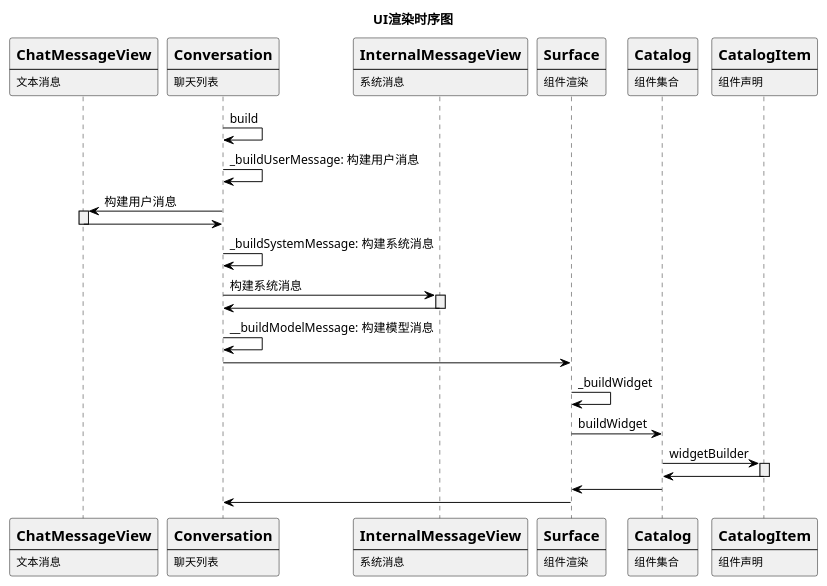
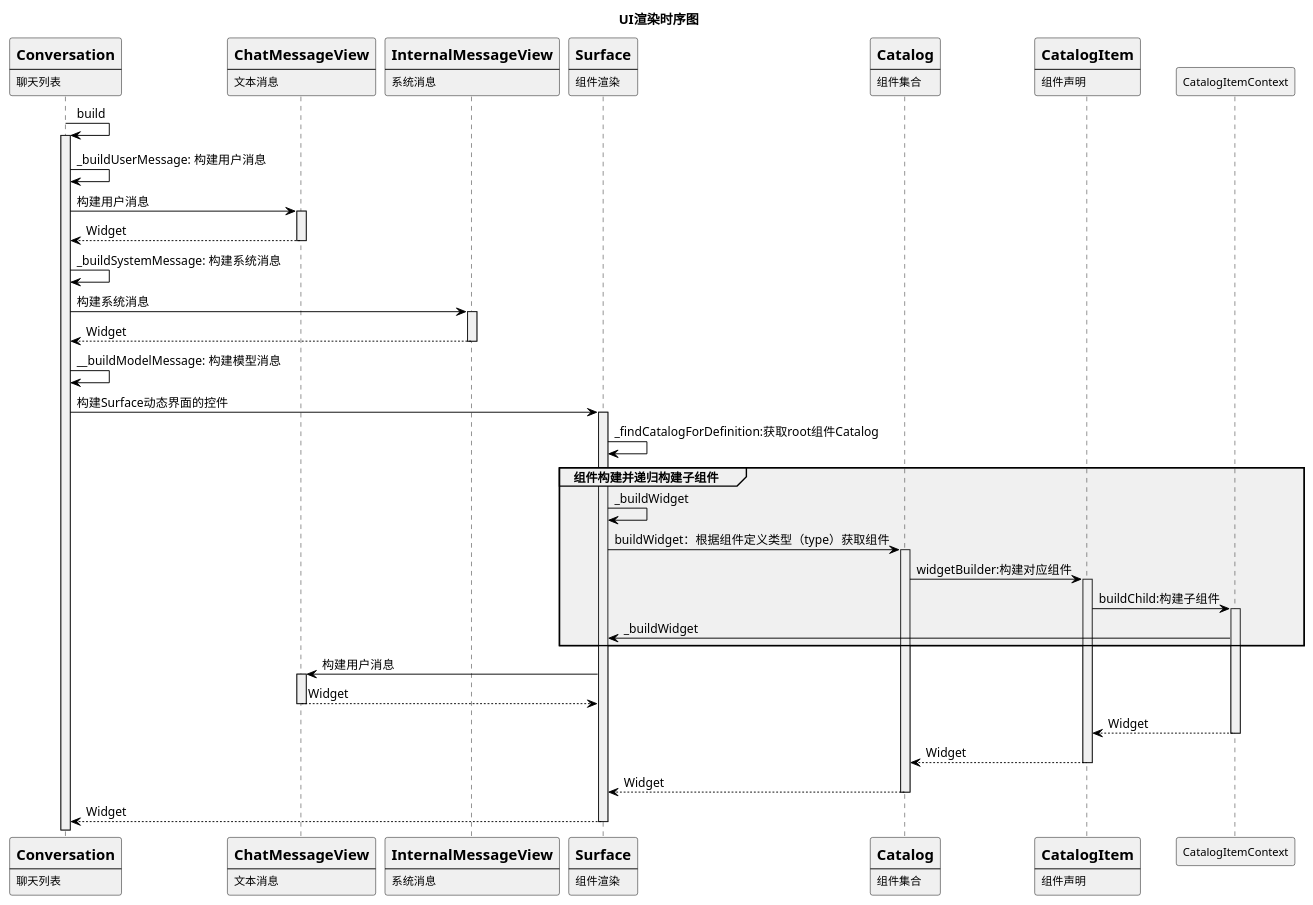
One commit to peihua8858/genui changed the second of 2 diagrams in examples/travel_app/数据交互时序图.puml. Above: the diagram before and after it, drawn with PlantUML. The commit also changed other lines of this file and 18 other files, not shown here.

Commit message:
1、修改时序图 2、修复网络请求未完全返回时暂停UI交互

```diff
--- a/examples/travel_app/数据交互时序图.puml
+++ b/examples/travel_app/数据交互时序图.puml
@@ -160,80 +177,82 @@
 @startuml
 'UI渲染时序图'
 'https://plantuml.com/sequence-diagram
 <style>
 element {
   BackGroundColor: #f0f0f0
 }
  sequenceDiagram {
     participant {
       FontColor: #000;
       FontSize: 12;
       FontStyle: normal;
       LineColor: #000;
       HorizontalAlignment: left;
     }
     note {
       FontColor: #000;
       FontSize: 12;
       FontStyle: normal;
     }
     arrow {
       FontColor: black;
       LineColor: black;
     }
   }
 </style>
 title UI渲染时序图
 skinparam sequenceMessageAlign left
+participant Conversation [
+    =Conversation
+    ----
+    聊天列表
+]
 participant ChatMessageView [
     =ChatMessageView
     ----
     文本消息
-]
-participant Conversation [
-    =Conversation
-    ----
-    聊天列表
 ]
 participant InternalMessageView [
     =InternalMessageView
     ----
     系统消息
 ]
 participant Surface [
     =Surface
     ----
     组件渲染
 ]
 participant Catalog [
     =Catalog
     ----
     组件集合
 ]
 participant CatalogItem [
     =CatalogItem
     ----
     组件声明
 ]
-Conversation -> Conversation: build
+Conversation -> Conversation++: build
 Conversation ->Conversation: _buildUserMessage: 构建用户消息
-Conversation -> ChatMessageView:构建用户消息
-activate ChatMessageView
-ChatMessageView -> Conversation
-deactivate ChatMessageView
+Conversation -> ChatMessageView++:构建用户消息
+return Widget
 Conversation ->Conversation:_buildSystemMessage: 构建系统消息
-Conversation -> InternalMessageView:构建系统消息
-activate InternalMessageView
-InternalMessageView -> Conversation
-deactivate InternalMessageView
+Conversation -> InternalMessageView++:构建系统消息
+return Widget
 Conversation ->Conversation:__buildModelMessage: 构建模型消息
-Conversation -> Surface
-Surface -> Surface: _buildWidget
-Surface -> Catalog:buildWidget
-Catalog -> CatalogItem:widgetBuilder
-activate CatalogItem
-CatalogItem -> Catalog
-deactivate CatalogItem
-Catalog -> Surface
-Surface -> Conversation
+Conversation ->Surface++:构建Surface动态界面的控件
+Surface -> Surface:_findCatalogForDefinition:获取root组件Catalog
+group 组件构建并递归构建子组件
+    Surface -> Surface: _buildWidget
+    Surface -> Catalog++:buildWidget：根据组件定义类型（type）获取组件
+    Catalog -> CatalogItem ++:widgetBuilder:构建对应组件
+    CatalogItem -> CatalogItemContext ++ :buildChild:构建子组件
+    CatalogItemContext -> Surface:_buildWidget
+end
+Surface -> ChatMessageView++:构建用户消息
+return Widget
+return Widget
+return Widget
+return Widget
+return Widget
 @enduml
```
